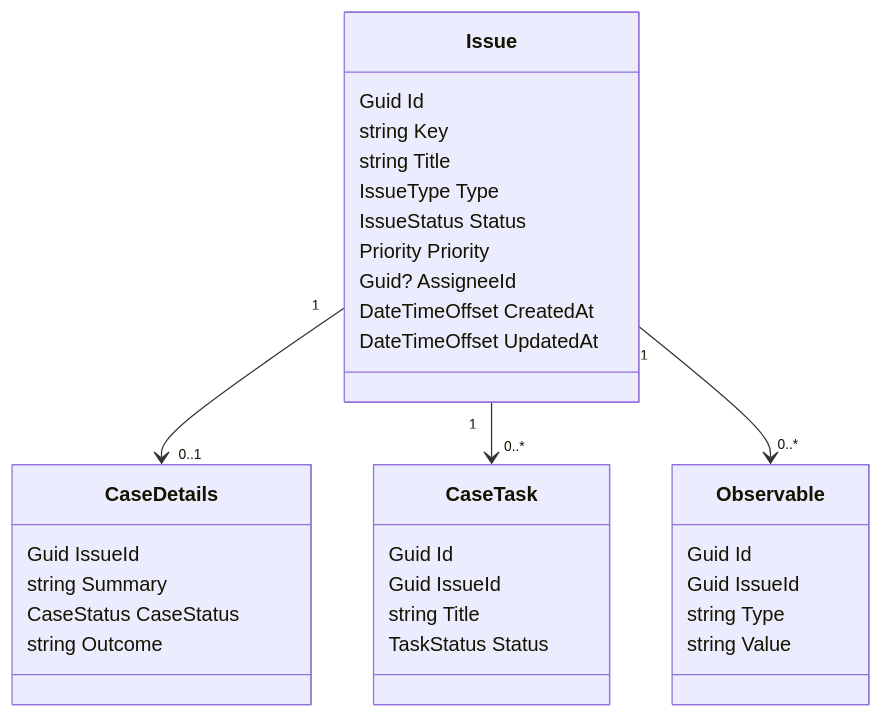
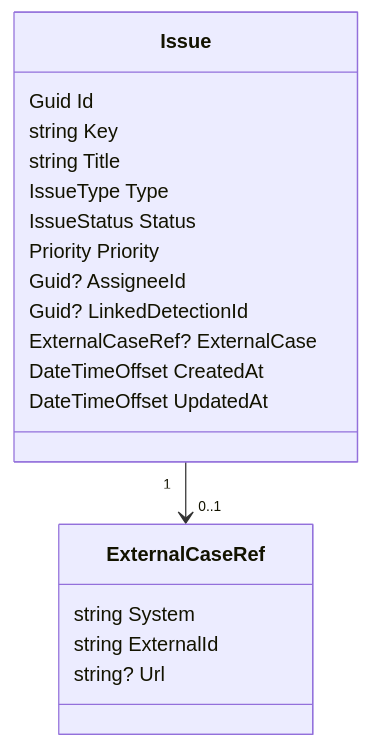
The fourth of 8 diagrams in docs/ARCHITECTURE.md (DeltaZulu-OU/DeltaZulu.Platform), drawn with Mermaid before and after one commit. The commit also changed other lines of this file and 4 other files, not shown here.

````diff
--- a/docs/ARCHITECTURE.md
+++ b/docs/ARCHITECTURE.md
@@ -267,39 +265,24 @@
 ```mermaid
 classDiagram
     class Issue {
       Guid Id
       string Key
       string Title
       IssueType Type
       IssueStatus Status
       Priority Priority
       Guid? AssigneeId
+      Guid? LinkedDetectionId
+      ExternalCaseRef? ExternalCase
       DateTimeOffset CreatedAt
       DateTimeOffset UpdatedAt
     }
 
-    class CaseDetails {
-      Guid IssueId
-      string Summary
-      CaseStatus CaseStatus
-      string Outcome
+    class ExternalCaseRef {
+      string System
+      string ExternalId
+      string? Url
     }
 
-    class CaseTask {
-      Guid Id
-      Guid IssueId
-      string Title
-      TaskStatus Status
-    }
-
-    class Observable {
-      Guid Id
-      Guid IssueId
-      string Type
-      string Value
-    }
-
-    Issue "1" --> "0..1" CaseDetails
-    Issue "1" --> "0..*" CaseTask
-    Issue "1" --> "0..*" Observable
+    Issue "1" --> "0..1" ExternalCaseRef
 ```
````
